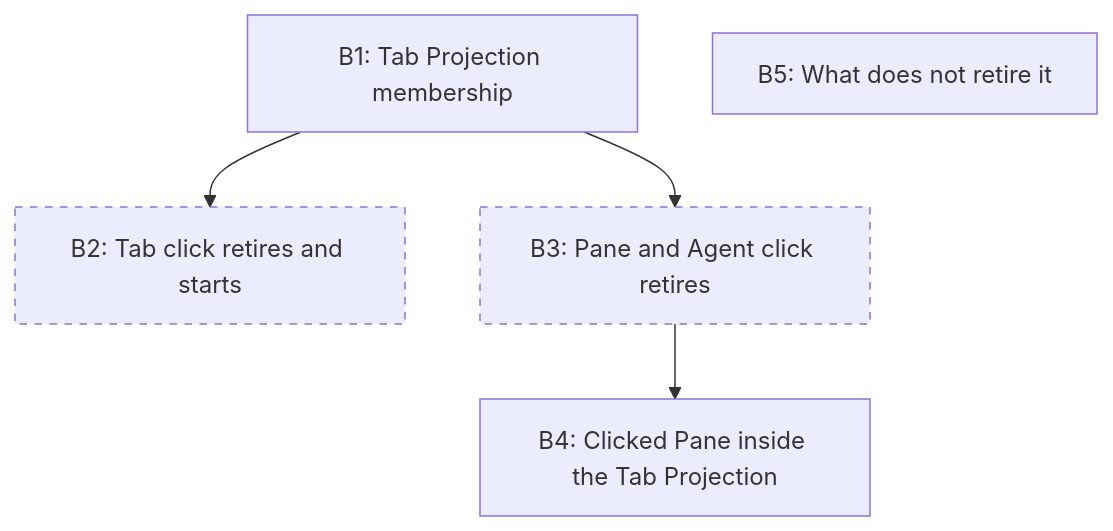
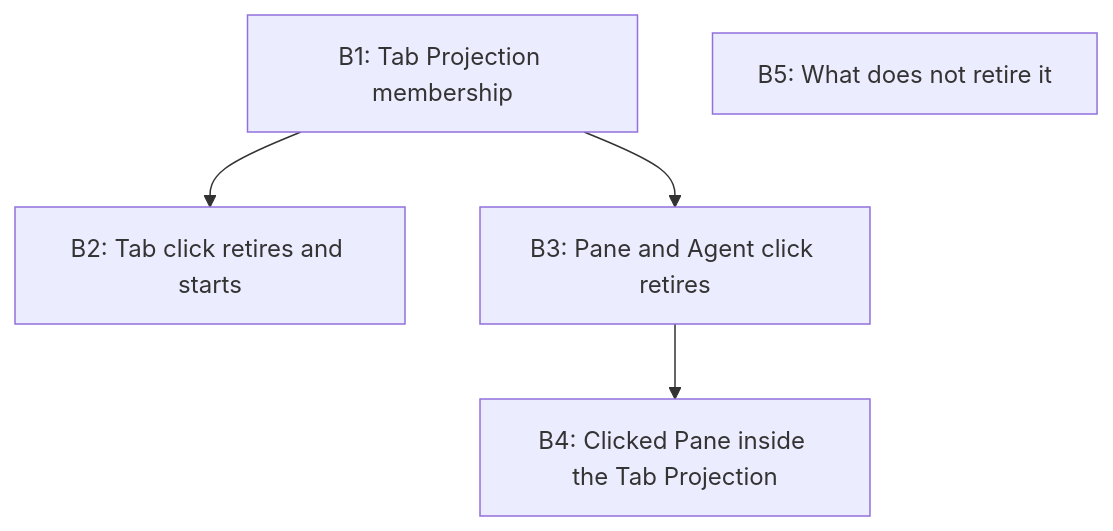
Before and after one commit to St0necrusher/vscode-herdr-extension: the diagram in docs/design/issue-74-tab-projection-retirement/map.md, drawn with Mermaid. The commit also changed other lines of this file and 3 other files, not shown here.

Commit message:
docs: record that Pane Editors moved into the Panel stay open (#74)

````diff
--- a/docs/design/issue-74-tab-projection-retirement/map.md
+++ b/docs/design/issue-74-tab-projection-retirement/map.md
@@ -5,13 +5,13 @@
 ```mermaid
 flowchart TD
     B1["B1: Tab Projection membership"]:::closed
-    B2["B2: Tab click retires and starts"]:::open
-    B3["B3: Pane and Agent click retires"]:::open
+    B2["B2: Tab click retires and starts"]:::closed
+    B3["B3: Pane and Agent click retires"]:::closed
     B4["B4: Clicked Pane inside the Tab Projection"]:::closed
     B5["B5: What does not retire it"]:::closed
     B1 --> B2
     B1 --> B3
     B3 --> B4
     classDef open stroke-dasharray: 5 5
     classDef conflict stroke:#d33,stroke-width:2px
 ```
````
